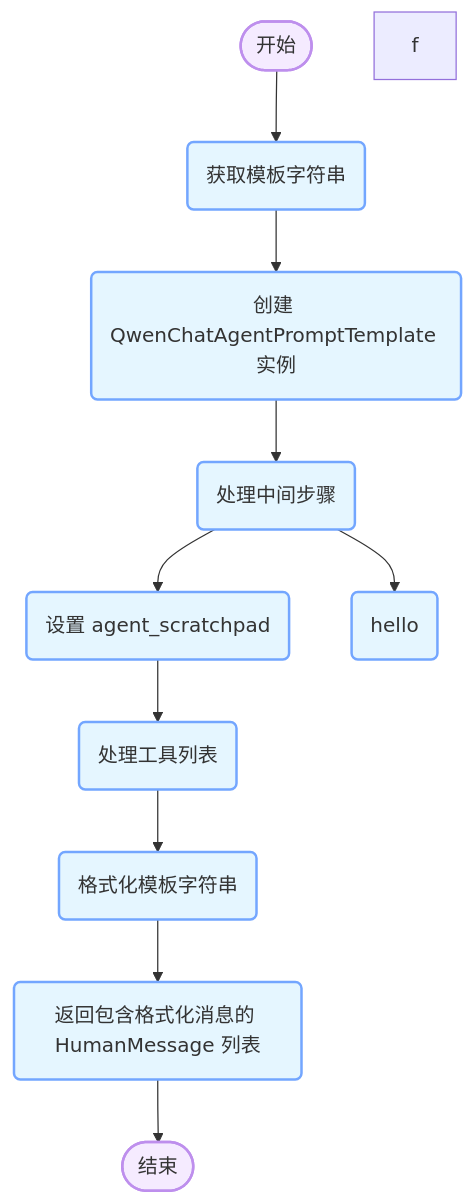
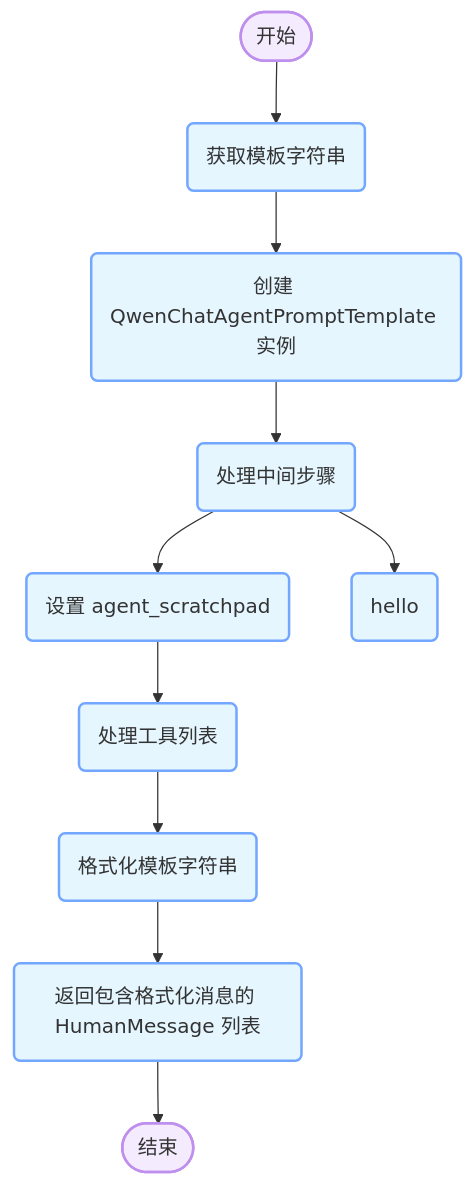
Before and after one commit to sdgixfg/iodraw-files: the diagram in all/未命名-2.md, drawn with Mermaid.

Commit message:
2025-05-24 15:54:38 update

````diff
--- a/all/未命名-2.md
+++ b/all/未命名-2.md
@@ -1,20 +1,20 @@
 ```mermaid
 flowchart TB
     classDef startend fill:#F5EBFF,stroke:#BE8FED,stroke-width:2px
     classDef process fill:#E5F6FF,stroke:#73A6FF,stroke-width:2px
     classDef decision fill:#FFF6CC,stroke:#FFBC52,stroke-width:2px
     
     A([开始]):::startend --> E(获取模板字符串):::process
     
     E --> F(创建 QwenChatAgentPromptTemplate 实例):::process
     F --> G(处理中间步骤):::process
 
     G --> H(设置 agent_scratchpad):::process
     H --> J(处理工具列表):::process
     %% I --> J(创建工具名称列表):::process
     J --> K(格式化模板字符串):::process
     K --> L(返回包含格式化消息的 HumanMessage 列表):::process
-    f
+    %% flowchart LR
         G --> O(hello):::process
     L --> M([结束]):::startend
 ```
````
